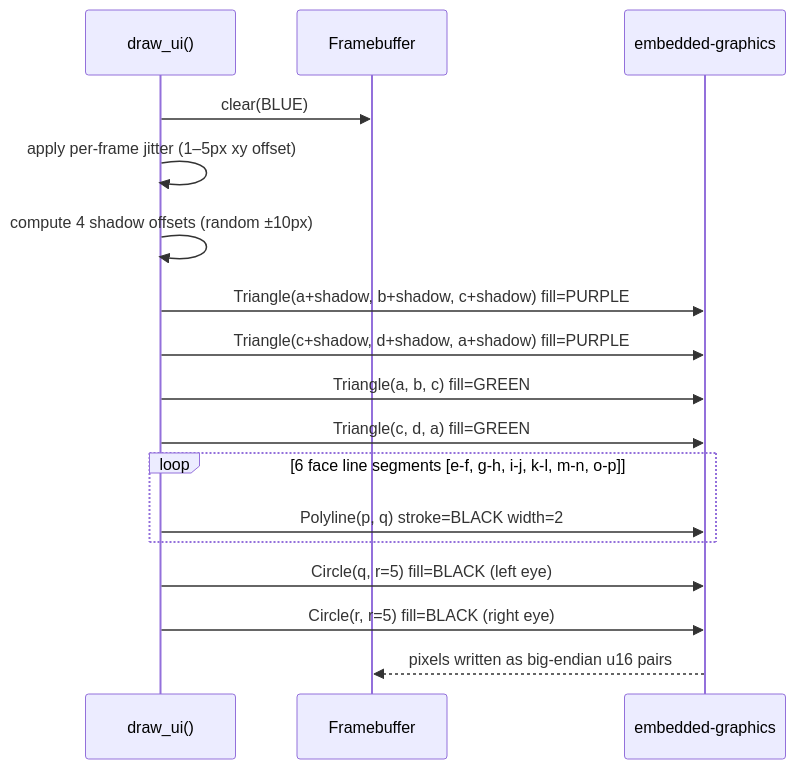
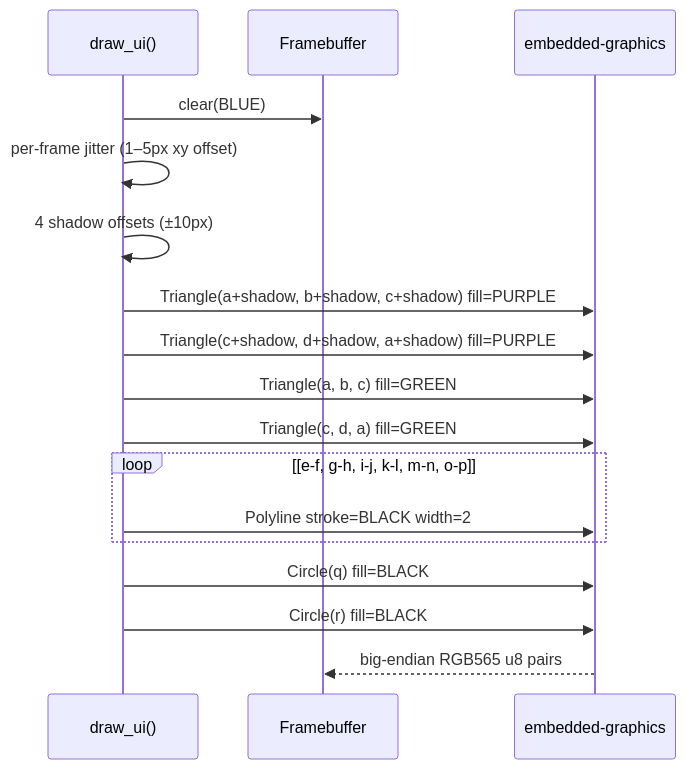
One commit to zapplebee/lilbud changed the third of 5 diagrams in README.md. Above: the diagram before and after it, drawn with Mermaid. The commit also changed other lines of this file, not shown here.

````diff
--- a/README.md
+++ b/README.md
@@ -155,20 +168,20 @@
 ```mermaid
 sequenceDiagram
     participant UI as draw_ui()
     participant FB as Framebuffer
     participant EG as embedded-graphics
 
     UI->>FB: clear(BLUE)
-    UI->>UI: apply per-frame jitter (1–5px xy offset)
-    UI->>UI: compute 4 shadow offsets (random ±10px)
+    UI->>UI: per-frame jitter (1–5px xy offset)
+    UI->>UI: 4 shadow offsets (±10px)
     UI->>EG: Triangle(a+shadow, b+shadow, c+shadow) fill=PURPLE
     UI->>EG: Triangle(c+shadow, d+shadow, a+shadow) fill=PURPLE
     UI->>EG: Triangle(a, b, c) fill=GREEN
     UI->>EG: Triangle(c, d, a) fill=GREEN
-    loop 6 face line segments [e-f, g-h, i-j, k-l, m-n, o-p]
-        UI->>EG: Polyline(p, q) stroke=BLACK width=2
+    loop [e-f, g-h, i-j, k-l, m-n, o-p]
+        UI->>EG: Polyline stroke=BLACK width=2
     end
-    UI->>EG: Circle(q, r=5) fill=BLACK  (left eye)
-    UI->>EG: Circle(r, r=5) fill=BLACK  (right eye)
-    EG-->>FB: pixels written as big-endian u16 pairs
+    UI->>EG: Circle(q) fill=BLACK
+    UI->>EG: Circle(r) fill=BLACK
+    EG-->>FB: big-endian RGB565 u8 pairs
 ```
````
